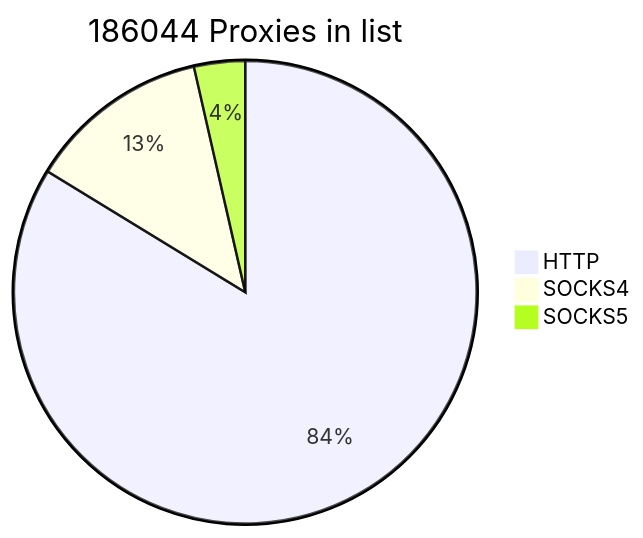
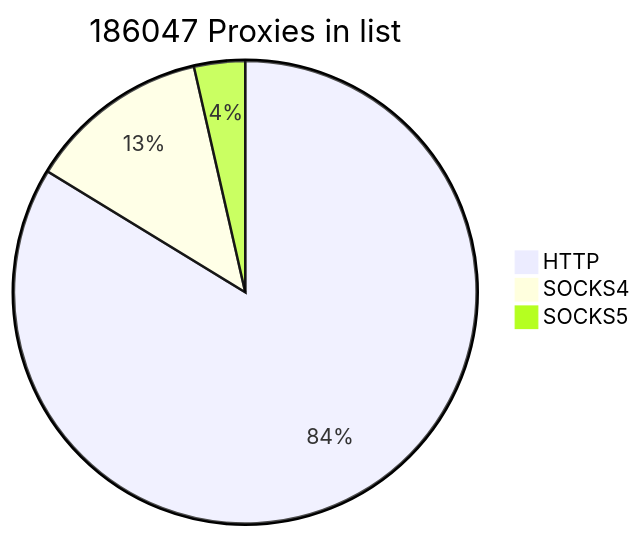
Before and after one commit to cutipu/proxylist: the first of 2 diagrams in README.md, drawn with Mermaid. The commit also changed other lines of this file, not shown here.

````diff
--- a/README.md
+++ b/README.md
@@ -2,7 +2,7 @@
 ```mermaid
-pie title 186044 Proxies in list
-    "HTTP" : 155774
-    "SOCKS4" : 23638
-    "SOCKS5" : 6632
+pie title 186047 Proxies in list
+    "HTTP" : 155777
+    "SOCKS4" : 23640
+    "SOCKS5" : 6630
             
 ```
````
